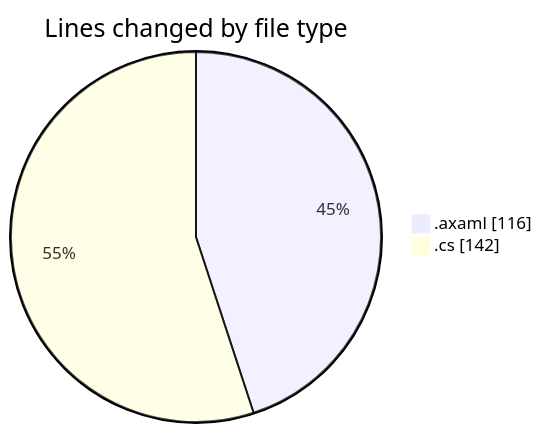
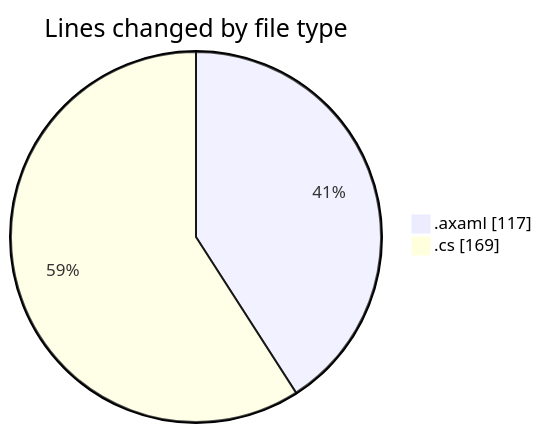
One commit to Netris89/code-tracking changed the first of 2 diagrams in 2025-10-29/skintrack/README.md. Above: the diagram before and after it, drawn with Mermaid. The commit also changed other lines of this file and 1 other file, not shown here.

````diff
--- a/2025-10-29/skintrack/README.md
+++ b/2025-10-29/skintrack/README.md
@@ -26,6 +27,6 @@
 ```mermaid
 pie showData
 title Lines changed by file type
-".axaml" : 116
-".cs" : 142
+".axaml" : 117
+".cs" : 169
 ```
````
